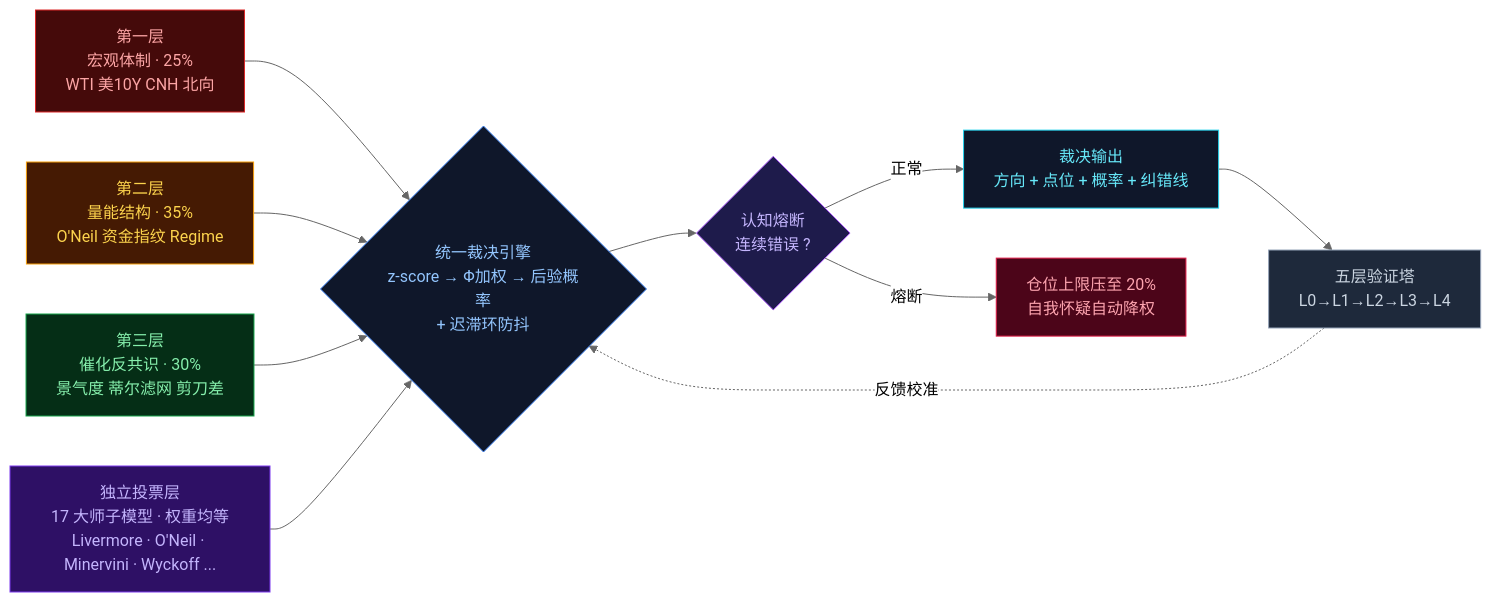
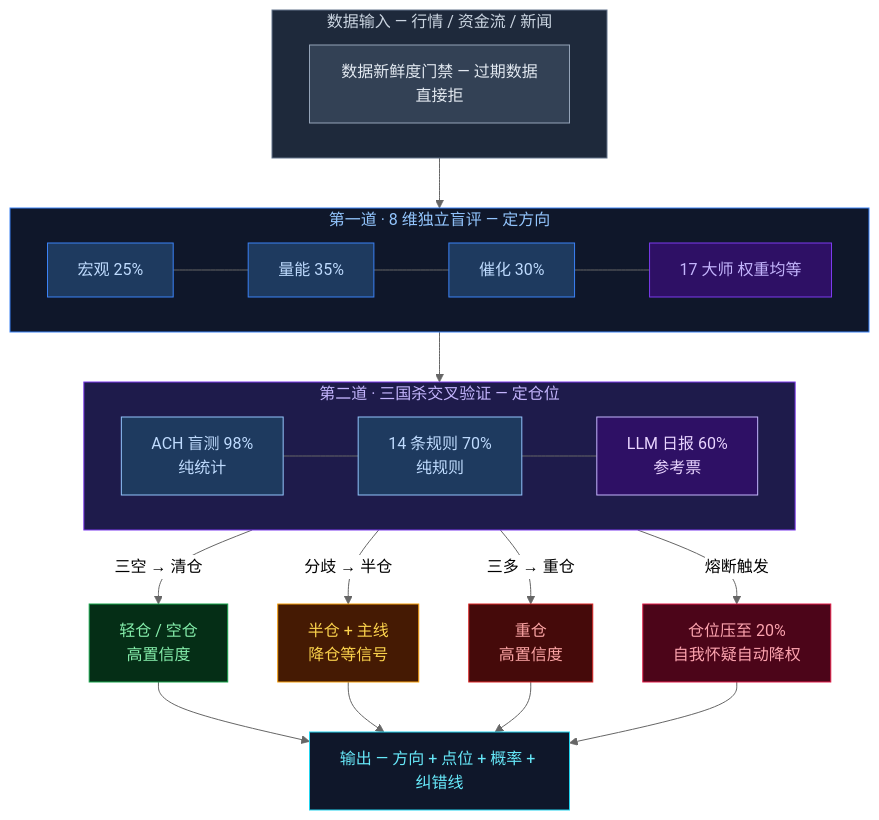
The second of 3 diagrams in README.md (ZHENchenghao/tianyan-stock-multiagent), drawn with Mermaid (neutral theme) before and after one commit. The commit also changed other lines of this file, not shown here.

Commit message:
架构图重设计:风控为核心

````diff
--- a/README.md
+++ b/README.md
@@ -67,25 +69,45 @@
 ```mermaid
-graph LR
-    A["第一层<br/>宏观体制 · 25%<br/>WTI 美10Y CNH 北向"] --> E
-    B["第二层<br/>量能结构 · 35%<br/>O'Neil 资金指纹 Regime"] --> E
-    C["第三层<br/>催化反共识 · 30%<br/>景气度 蒂尔滤网 剪刀差"] --> E
-    D["独立投票层<br/>17 大师子模型 · 权重均等<br/>Livermore · O'Neil · Minervini · Wyckoff ..."] --> E
+graph TB
+    subgraph INPUT["数据输入 — 行情 / 资金流 / 新闻"]
+        D0["数据新鲜度门禁 — 过期数据直接拒"]
+    end
 
-    E{"统一裁决引擎<br/>z-score → Φ加权 → 后验概率<br/>+ 迟滞环防抖"}
+    subgraph L1["第一道 · 8 维独立盲评 — 定方向"]
+        direction LR
+        D1["宏观 25%"] --- D2["量能 35%"] --- D3["催化 30%"] --- D4["17 大师 权重均等"]
+    end
 
-    E --> F{"认知熔断<br/>连续错误 ?"}
-    F -->|正常| G["裁决输出<br/>方向 + 点位 + 概率 + 纠错线"]
-    F -->|熔断| H["仓位上限压至 20%<br/>自我怀疑自动降权"]
-    G --> I["五层验证塔<br/>L0→L1→L2→L3→L4"]
-    I -.反馈校准.-> E
+    subgraph L2["第二道 · 三国杀交叉验证 — 定仓位"]
+        direction LR
+        V1["ACH 盲测 98%<br/>纯统计"] --- V2["14 条规则 70%<br/>纯规则"] --- V3["LLM 日报 60%<br/>参考票"]
+    end
 
-    style A fill:#450a0a,stroke:#dc2626,color:#fca5a5
-    style B fill:#451a03,stroke:#f59e0b,color:#fcd34d
-    style C fill:#052e16,stroke:#16a34a,color:#86efac
-    style D fill:#2e1065,stroke:#7c3aed,color:#c4b5fd
-    style E fill:#0f172a,stroke:#3b82f6,color:#93c5fd
-    style F fill:#1e1b4b,stroke:#a855f7,color:#c4b5fd
-    style G fill:#0f172a,stroke:#22d3ee,color:#67e8f9
-    style H fill:#4c0519,stroke:#e11d48,color:#fda4af
-    style I fill:#1e293b,stroke:#94a3b8,color:#cbd5e1
+    INPUT --> L1 --> L2
+
+    L2 -->|"三空 → 清仓"| OUT_LIGHT["轻仓 / 空仓<br/>高置信度"]
+    L2 -->|"分歧 → 半仓"| OUT_HALF["半仓 + 主线<br/>降仓等信号"]
+    L2 -->|"三多 → 重仓"| OUT_HEAVY["重仓<br/>高置信度"]
+    L2 -->|"熔断触发"| FUSE["仓位压至 20%<br/>自我怀疑自动降权"]
+
+    OUT_LIGHT --> FINAL["输出 — 方向 + 点位 + 概率 + 纠错线"]
+    OUT_HALF --> FINAL
+    OUT_HEAVY --> FINAL
+    FUSE --> FINAL
+
+    style INPUT fill:#1e293b,stroke:#64748b,color:#cbd5e1
+    style L1 fill:#0f172a,stroke:#3b82f6,color:#93c5fd
+    style L2 fill:#1e1b4b,stroke:#7c3aed,color:#c4b5fd
+    style OUT_LIGHT fill:#052e16,stroke:#16a34a,color:#86efac
+    style OUT_HALF fill:#451a03,stroke:#f59e0b,color:#fcd34d
+    style OUT_HEAVY fill:#450a0a,stroke:#dc2626,color:#fca5a5
+    style FUSE fill:#4c0519,stroke:#e11d48,color:#fda4af
+    style FINAL fill:#0f172a,stroke:#22d3ee,color:#67e8f9
+    style D0 fill:#334155,stroke:#94a3b8,color:#e2e8f0
+    style D1 fill:#1e3a5f,stroke:#3b82f6,color:#bfdbfe
+    style D2 fill:#1e3a5f,stroke:#3b82f6,color:#bfdbfe
+    style D3 fill:#1e3a5f,stroke:#3b82f6,color:#bfdbfe
+    style D4 fill:#2e1065,stroke:#7c3aed,color:#c4b5fd
+    style V1 fill:#1e3a5f,stroke:#93c5fd,color:#bfdbfe
+    style V2 fill:#1e3a5f,stroke:#93c5fd,color:#bfdbfe
+    style V3 fill:#2e1065,stroke:#c4b5fd,color:#e9d5ff
 ```
````
